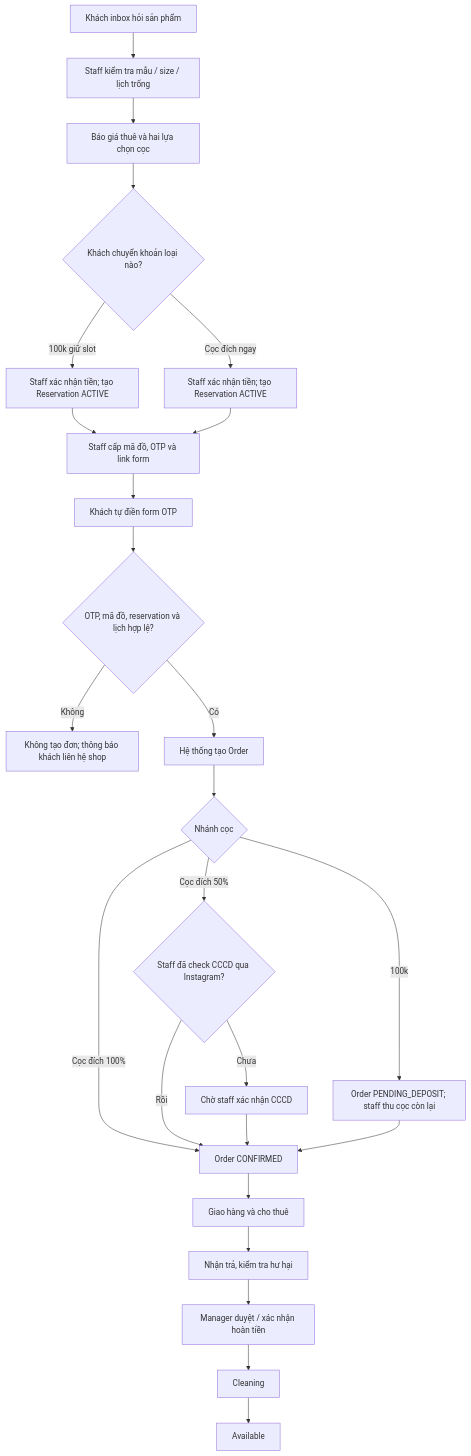
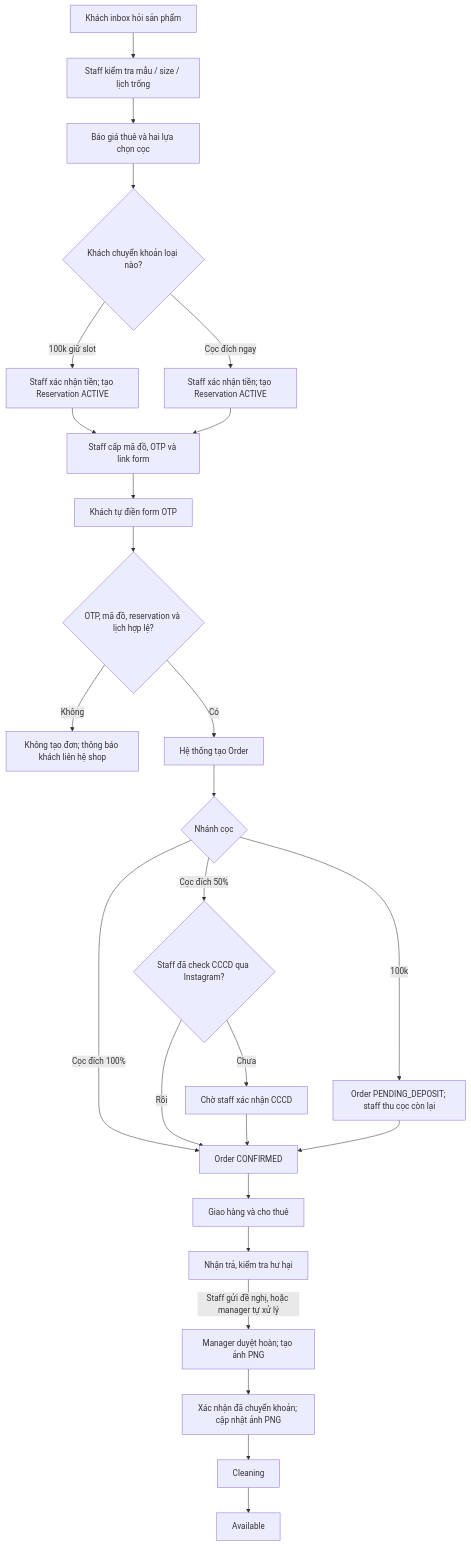
One commit to Nam1305/AuraRental changed the first of 3 diagrams in DESIGN.md. Above: the diagram before and after it, drawn with Mermaid. The commit also changed other lines of this file and 6 other files, not shown here.

````diff
--- a/DESIGN.md
+++ b/DESIGN.md
@@ -68,27 +71,28 @@
 ```mermaid
 flowchart TD
     A[Khách inbox hỏi sản phẩm] --> B[Staff kiểm tra mẫu / size / lịch trống]
     B --> C[Báo giá thuê và hai lựa chọn cọc]
     C --> D{Khách chuyển khoản loại nào?}
     D -- 100k giữ slot --> E[Staff xác nhận tiền; tạo Reservation ACTIVE]
     D -- Cọc đích ngay --> F[Staff xác nhận tiền; tạo Reservation ACTIVE]
     E --> G[Staff cấp mã đồ, OTP và link form]
     F --> G
     G --> H[Khách tự điền form OTP]
     H --> I{OTP, mã đồ, reservation và lịch hợp lệ?}
     I -- Không --> J[Không tạo đơn; thông báo khách liên hệ shop]
     I -- Có --> K[Hệ thống tạo Order]
     K --> L{Nhánh cọc}
     L -- 100k --> M[Order PENDING_DEPOSIT; staff thu cọc còn lại]
     L -- Cọc đích 100% --> O[Order CONFIRMED]
     L -- Cọc đích 50% --> N{Staff đã check CCCD qua Instagram?}
     N -- Chưa --> P[Chờ staff xác nhận CCCD]
     N -- Rồi --> O
     P --> O
     M --> O
     O --> Q[Giao hàng và cho thuê]
     Q --> R[Nhận trả, kiểm tra hư hại]
-    R --> S[Manager duyệt / xác nhận hoàn tiền]
-    S --> T[Cleaning]
+    R -- Staff gửi đề nghị, hoặc manager tự xử lý --> S[Manager duyệt hoàn; tạo ảnh PNG]
+    S --> V[Xác nhận đã chuyển khoản; cập nhật ảnh PNG]
+    V --> T[Cleaning]
     T --> U[Available]
 ```
````
